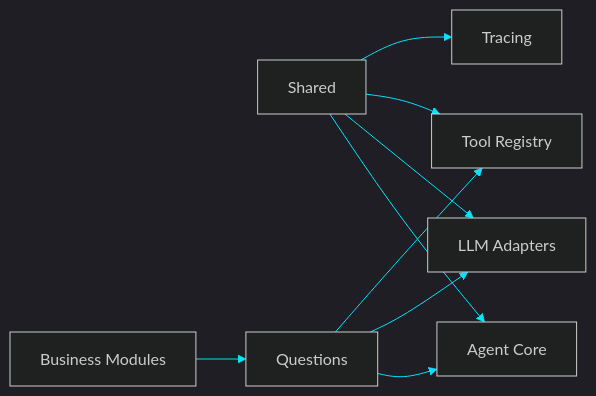
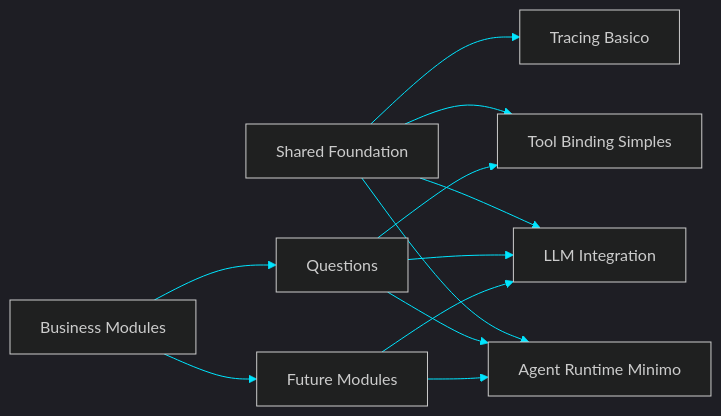
One commit to matheusdiamantino-betalent/questions-ai changed the diagram in Discussion — Base Global de Agents Básicos.md. Above: the diagram before and after it, drawn with Mermaid. The commit also changed other lines of this file, not shown here.

````diff
--- a/Discussion — Base Global de Agents Básicos.md
+++ b/Discussion — Base Global de Agents Básicos.md
@@ -138,13 +173,17 @@
 ```mermaid
 %%{init: {'theme':'dark','themeVariables':{'primaryColor':'#0f172a','primaryTextColor':'#e5e7eb','primaryBorderColor':'#39ff14','lineColor':'#00e5ff','secondaryColor':'#111827','tertiaryColor':'#111827'}}}%%
 flowchart LR
-    A[Shared] --> B[Agent Core]
-    A --> C[LLM Adapters]
-    A --> D[Tool Registry]
-    A --> E[Tracing]
+    A[Shared Foundation] --> B[Agent Runtime Minimo]
+    A --> C[LLM Integration]
+    A --> D[Tool Binding Simples]
+    A --> E[Tracing Basico]
 
     F[Business Modules] --> G[Questions]
+    F --> H[Future Modules]
+
     G --> B
     G --> C
     G --> D
+    H --> B
+    H --> C
 ```
````
